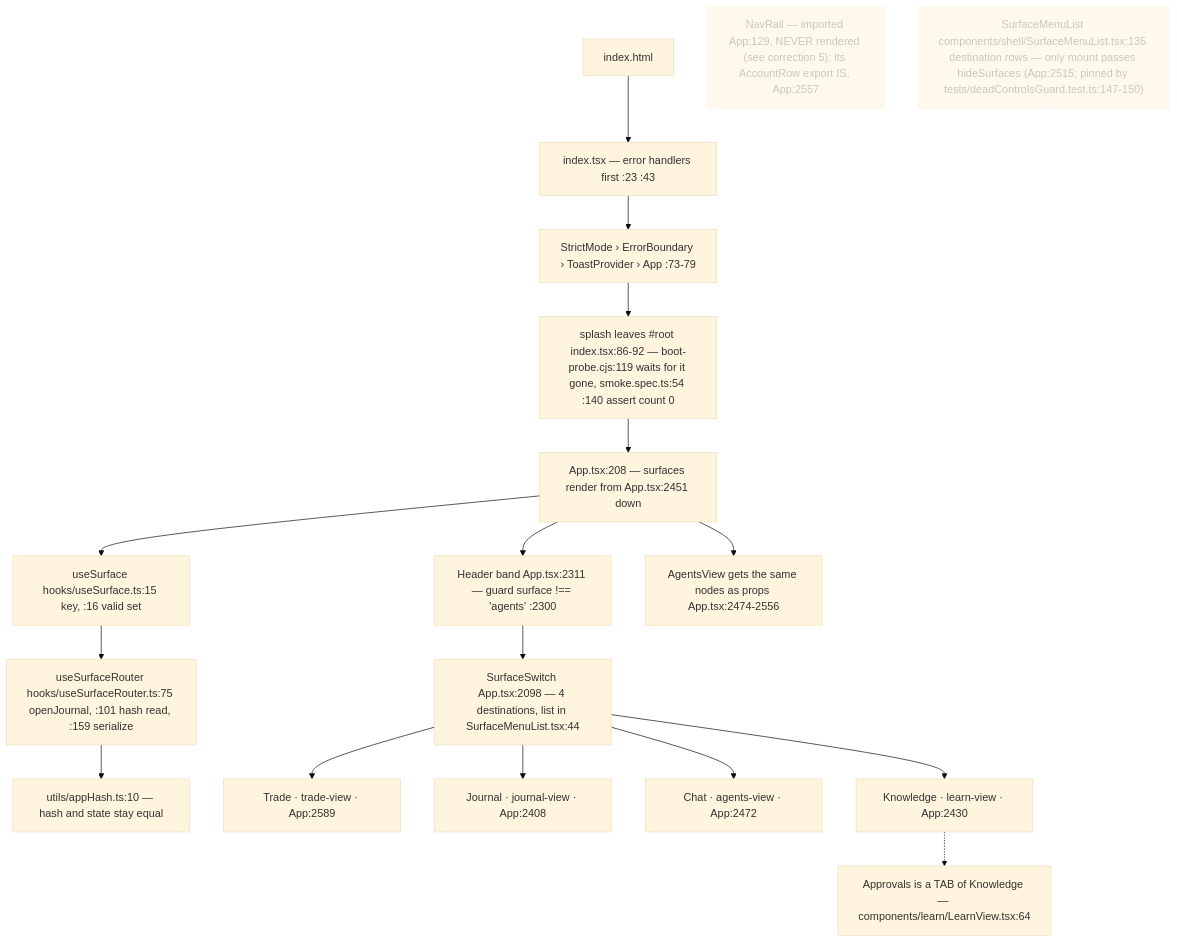
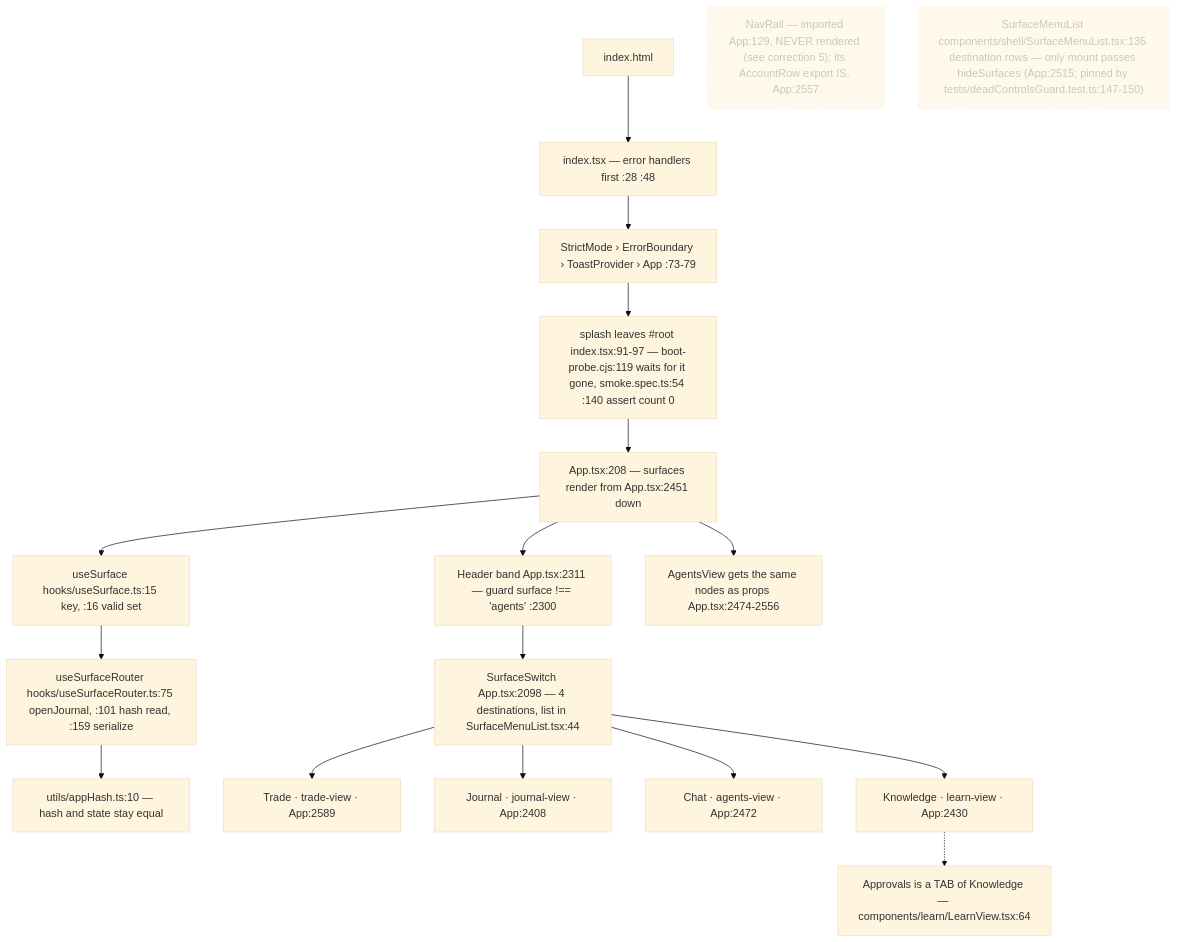
The first of 7 diagrams in docs/app-flow.md (Acepay25/august-3.5), drawn with Mermaid (base theme) before and after one commit. The commit also changed other lines of this file and 29 other files, not shown here.

````diff
--- a/docs/app-flow.md
+++ b/docs/app-flow.md
@@ -32,21 +32,21 @@
 ```mermaid
 flowchart TD
-    H["index.html"] --> I["index.tsx — error handlers first :23 :43"]
+    H["index.html"] --> I["index.tsx — error handlers first :28 :48"]
     I --> S["StrictMode › ErrorBoundary › ToastProvider › App :73-79"]
-    S --> SP["splash leaves #root index.tsx:86-92 — boot-probe.cjs:119 waits for it gone, smoke.spec.ts:54 :140 assert count 0"]
+    S --> SP["splash leaves #root index.tsx:91-97 — boot-probe.cjs:119 waits for it gone, smoke.spec.ts:54 :140 assert count 0"]
     SP --> APP["App.tsx:208 — surfaces render from App.tsx:2451 down"]
     APP --> US["useSurface hooks/useSurface.ts:15 key, :16 valid set"]
     US --> UR["useSurfaceRouter hooks/useSurfaceRouter.ts:75 openJournal, :101 hash read, :159 serialize"]
     UR --> HASH["utils/appHash.ts:10 — hash and state stay equal"]
     APP --> HD["Header band App.tsx:2311 — guard surface !== 'agents' :2300"]
     HD --> SW["SurfaceSwitch App.tsx:2098 — 4 destinations, list in SurfaceMenuList.tsx:44"]
     APP --> AV["AgentsView gets the same nodes as props App.tsx:2474-2556"]
     SW --> T["Trade · trade-view · App:2589"]
     SW --> J["Journal · journal-view · App:2408"]
     SW --> C["Chat · agents-view · App:2472"]
     SW --> K["Knowledge · learn-view · App:2430"]
     K -.-> AP["Approvals is a TAB of Knowledge — components/learn/LearnView.tsx:64"]
     NR["NavRail — imported App:129, NEVER rendered (see correction 5); its AccountRow export IS, App:2557"]:::dead
     SM["SurfaceMenuList components/shell/SurfaceMenuList.tsx:135 destination rows — only mount passes hideSurfaces (App:2515; pinned by tests/deadControlsGuard.test.ts:147-150)"]:::dead
     classDef dead stroke-dasharray: 5 5,opacity:.5
 ```
````
